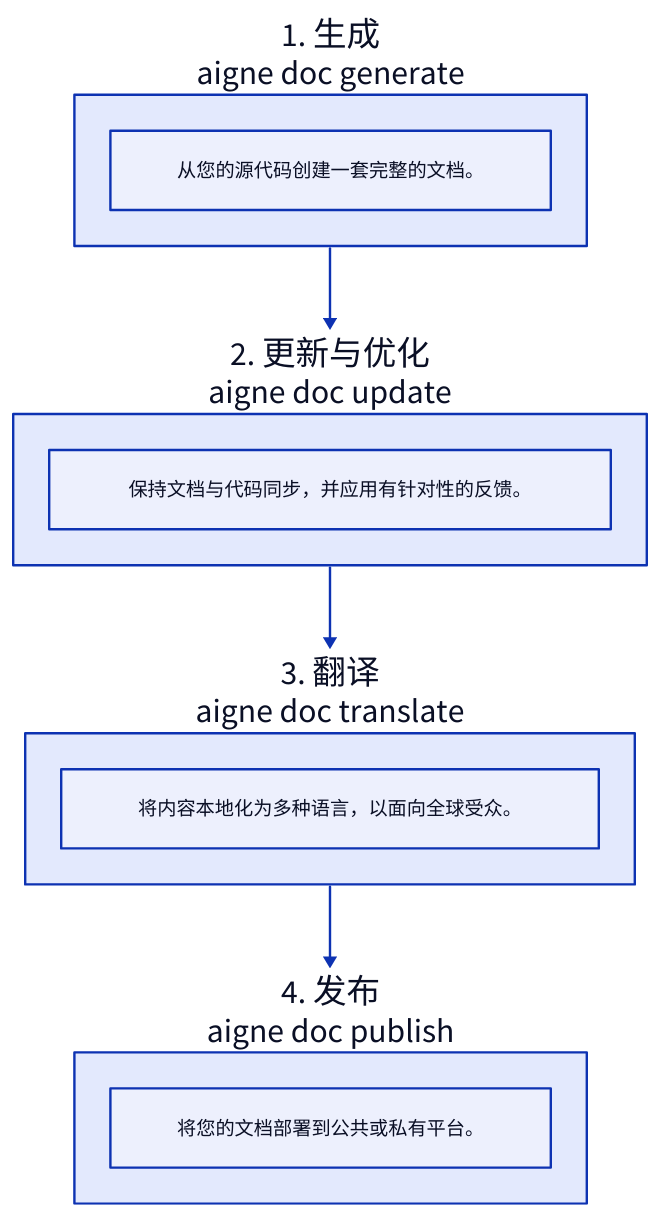
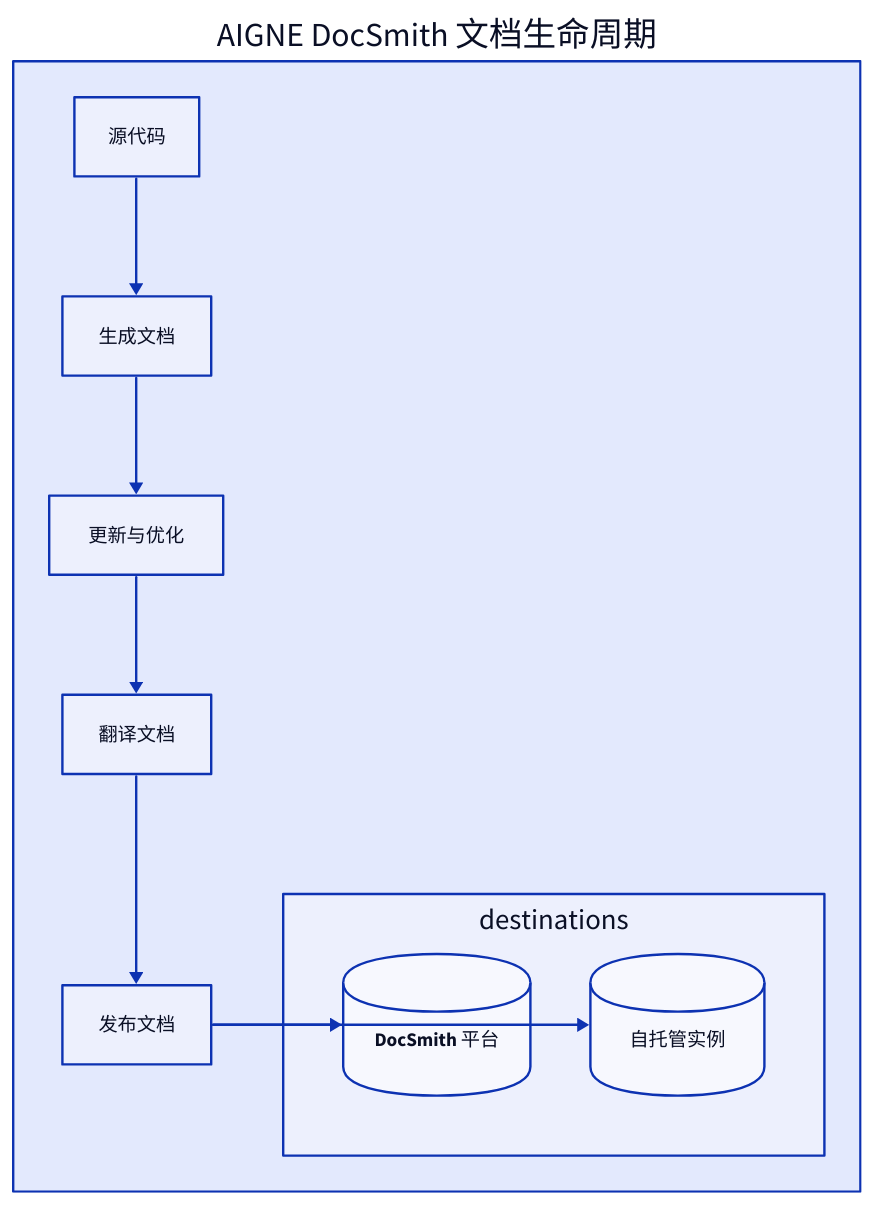
One commit to AIGNE-io/aigne-doc-smith changed the diagram in docs/features.zh.md. Above: the diagram before and after it, drawn with D2. The commit also changed other lines of this file and 65 other files, not shown here.

````diff
--- a/docs/features.zh.md
+++ b/docs/features.zh.md
@@ -5,29 +5,39 @@
 ```d2
 direction: down
 
-Generate: {
-  label: "1. 生成\naigne doc generate"
-  shape: rectangle
-  description: "从您的源代码创建一套完整的文档。"
+AIGNE-DocSmith-Workflow: {
+  label: "AIGNE DocSmith 文档生命周期"
+  
+  source-code: "源代码"
+
+  generate: "生成文档"
+
+  refine: "更新与优化"
+
+  translate: "翻译文档"
+
+  publish: "发布文档"
+
+  destinations: {
+    grid-columns: 2
+    grid-gap: 50
+
+    docsmith-platform: {
+      label: "DocSmith 平台"
+      shape: cylinder
+    }
+
+    self-hosted: {
+      label: "自托管实例"
+      shape: cylinder
+    }
+  }
 }
 
-Refine: {
-  label: "2. 更新与优化\naigne doc update"
-  shape: rectangle
-  description: "保持文档与代码同步，并应用有针对性的反馈。"
-}
-
-Translate: {
-  label: "3. 翻译\naigne doc translate"
-  shape: rectangle
-  description: "将内容本地化为多种语言，以面向全球受众。"
-}
-
-Publish: {
-  label: "4. 发布\naigne doc publish"
-  shape: rectangle
-  description: "将您的文档部署到公共或私有平台。"
-}
-
-Generate -> Refine -> Translate -> Publish
+AIGNE-DocSmith-Workflow.source-code -> AIGNE-DocSmith-Workflow.generate
+AIGNE-DocSmith-Workflow.generate -> AIGNE-DocSmith-Workflow.refine
+AIGNE-DocSmith-Workflow.refine -> AIGNE-DocSmith-Workflow.translate
+AIGNE-DocSmith-Workflow.translate -> AIGNE-DocSmith-Workflow.publish
+AIGNE-DocSmith-Workflow.publish -> AIGNE-DocSmith-Workflow.destinations.docsmith-platform
+AIGNE-DocSmith-Workflow.publish -> AIGNE-DocSmith-Workflow.destinations.self-hosted
 ```
````
